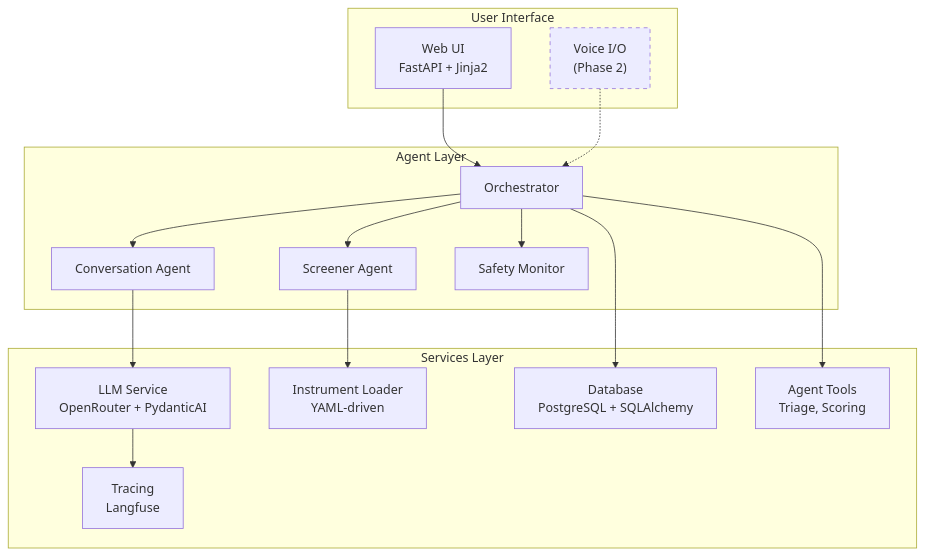
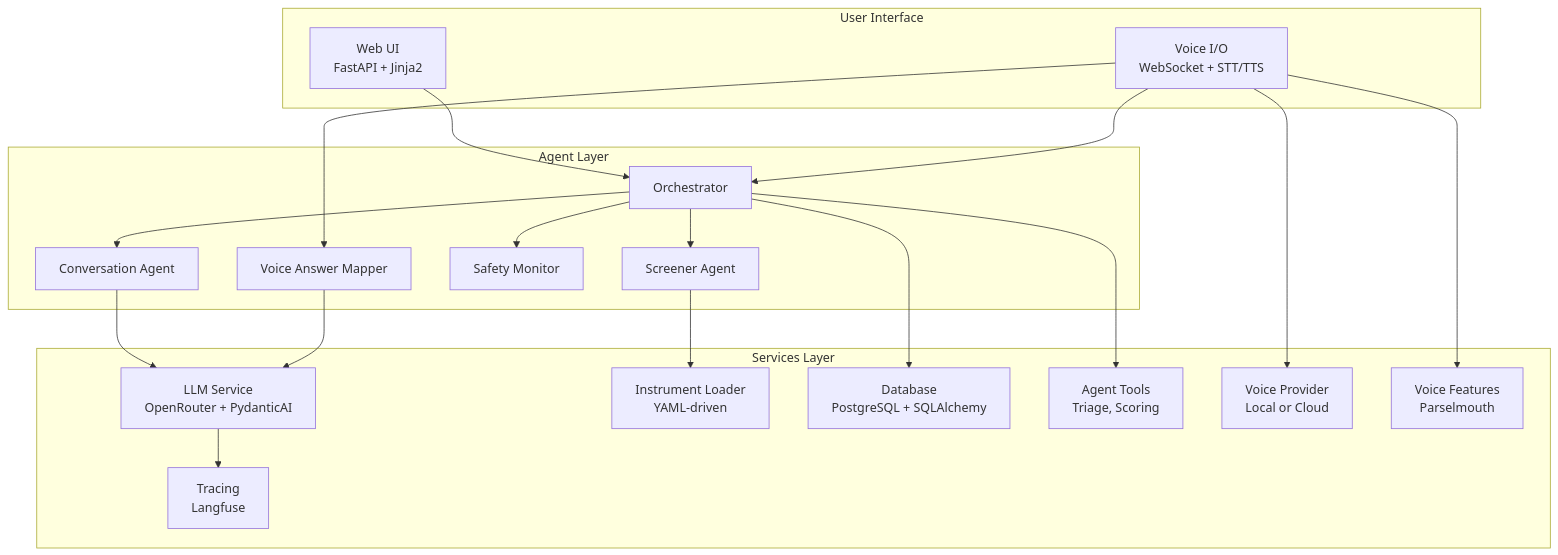
The first of 11 diagrams in docs/architecture.md (bodharma/talker), drawn with Mermaid before and after one commit. The commit also changed other lines of this file, not shown here.

First line of the commit message:
docs: update architecture.md for completed voice I/O implementation

````diff
--- a/docs/architecture.md
+++ b/docs/architecture.md
@@ -16,35 +16,40 @@
 ```mermaid
 graph TB
     subgraph "User Interface"
         WEB["Web UI<br/>FastAPI + Jinja2"]
-        VOICE["Voice I/O<br/>(Phase 2)"]
+        VOICE["Voice I/O<br/>WebSocket + STT/TTS"]
     end
 
     subgraph "Agent Layer"
         ORCH["Orchestrator"]
         SCREEN["Screener Agent"]
         CONV["Conversation Agent"]
         SAFETY["Safety Monitor"]
+        MAPPER["Voice Answer Mapper"]
     end
 
     subgraph "Services Layer"
         LLM["LLM Service<br/>OpenRouter + PydanticAI"]
         TRACE["Tracing<br/>Langfuse"]
         INSTR["Instrument Loader<br/>YAML-driven"]
         DB["Database<br/>PostgreSQL + SQLAlchemy"]
         TOOLS["Agent Tools<br/>Triage, Scoring"]
+        VPROV["Voice Provider<br/>Local or Cloud"]
+        VFEAT["Voice Features<br/>Parselmouth"]
     end
 
     WEB --> ORCH
-    VOICE -.-> ORCH
+    VOICE --> ORCH
     ORCH --> SCREEN
     ORCH --> CONV
     ORCH --> SAFETY
     ORCH --> TOOLS
     SCREEN --> INSTR
     CONV --> LLM
     LLM --> TRACE
     ORCH --> DB
-
-    style VOICE stroke-dasharray: 5 5
+    VOICE --> VPROV
+    VOICE --> VFEAT
+    VOICE --> MAPPER
+    MAPPER --> LLM
 ```
````
